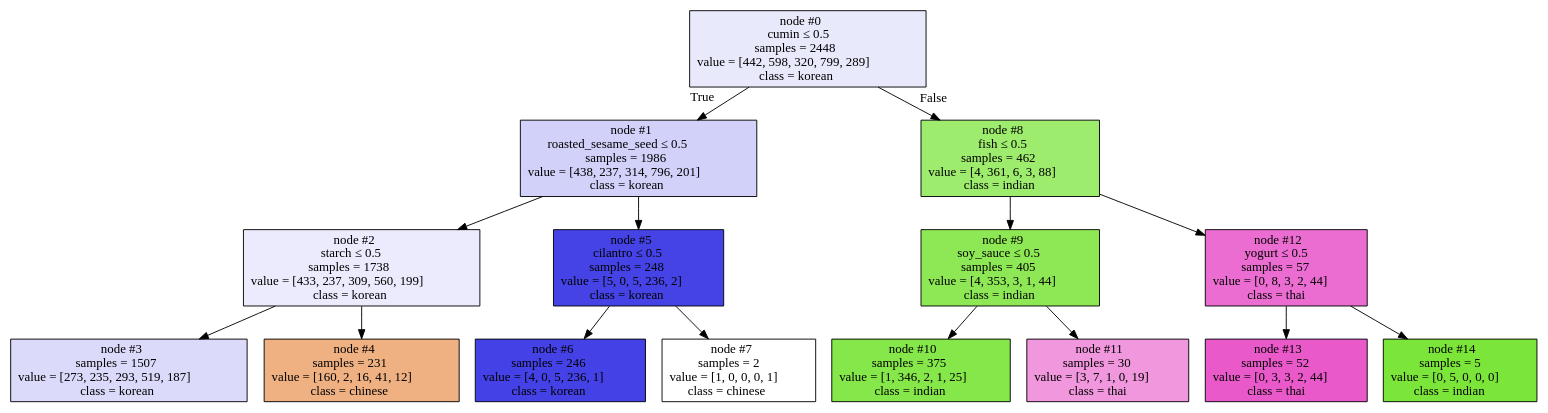
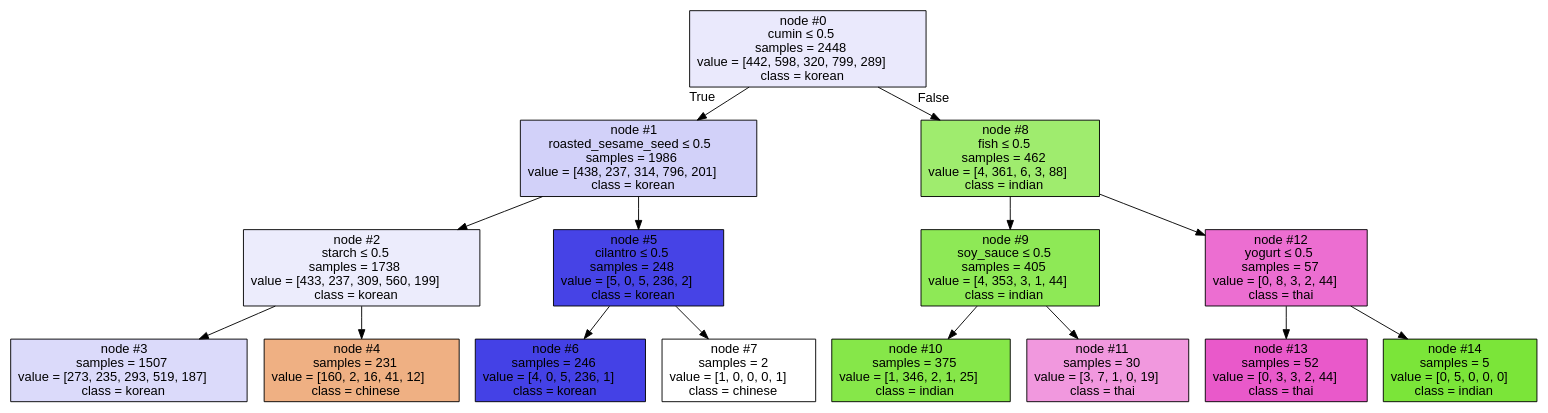
Before and after one commit to rondondaniel/python-data-science-notebooks: the diagram in 1-Data-Science-Python/bamboo_tree.dot, drawn with Graphviz. The commit also changed 6 other files, not shown here.

```diff
--- a/1-Data-Science-Python/bamboo_tree.dot
+++ b/1-Data-Science-Python/bamboo_tree.dot
@@ -1,32 +1,33 @@
 digraph Tree {
-node [shape=box, style="filled", color="black"] ;
-0 [label=<node &#35;0<br/>cumin &le; 0.5<br/>samples = 2448<br/>value = [442, 598, 320, 799, 289]<br/>class = korean>, fillcolor="#3c39e51c"] ;
-1 [label=<node &#35;1<br/>roasted_sesame_seed &le; 0.5<br/>samples = 1986<br/>value = [438, 237, 314, 796, 201]<br/>class = korean>, fillcolor="#3c39e53b"] ;
+node [shape=box, style="filled", color="black", fontname="helvetica"] ;
+edge [fontname="helvetica"] ;
+0 [label=<node &#35;0<br/>cumin &le; 0.5<br/>samples = 2448<br/>value = [442, 598, 320, 799, 289]<br/>class = korean>, fillcolor="#eae9fc"] ;
+1 [label=<node &#35;1<br/>roasted_sesame_seed &le; 0.5<br/>samples = 1986<br/>value = [438, 237, 314, 796, 201]<br/>class = korean>, fillcolor="#d2d1f9"] ;
 0 -> 1 [labeldistance=2.5, labelangle=45, headlabel="True"] ;
-2 [label=<node &#35;2<br/>starch &le; 0.5<br/>samples = 1738<br/>value = [433, 237, 309, 560, 199]<br/>class = korean>, fillcolor="#3c39e519"] ;
+2 [label=<node &#35;2<br/>starch &le; 0.5<br/>samples = 1738<br/>value = [433, 237, 309, 560, 199]<br/>class = korean>, fillcolor="#ececfc"] ;
 1 -> 2 ;
-3 [label=<node &#35;3<br/>samples = 1507<br/>value = [273, 235, 293, 519, 187]<br/>class = korean>, fillcolor="#3c39e52f"] ;
+3 [label=<node &#35;3<br/>samples = 1507<br/>value = [273, 235, 293, 519, 187]<br/>class = korean>, fillcolor="#dbdafa"] ;
 2 -> 3 ;
-4 [label=<node &#35;4<br/>samples = 231<br/>value = [160, 2, 16, 41, 12]<br/>class = chinese>, fillcolor="#e58139a0"] ;
+4 [label=<node &#35;4<br/>samples = 231<br/>value = [160, 2, 16, 41, 12]<br/>class = chinese>, fillcolor="#efb083"] ;
 2 -> 4 ;
-5 [label=<node &#35;5<br/>cilantro &le; 0.5<br/>samples = 248<br/>value = [5, 0, 5, 236, 2]<br/>class = korean>, fillcolor="#3c39e5f2"] ;
+5 [label=<node &#35;5<br/>cilantro &le; 0.5<br/>samples = 248<br/>value = [5, 0, 5, 236, 2]<br/>class = korean>, fillcolor="#4643e6"] ;
 1 -> 5 ;
-6 [label=<node &#35;6<br/>samples = 246<br/>value = [4, 0, 5, 236, 1]<br/>class = korean>, fillcolor="#3c39e5f4"] ;
+6 [label=<node &#35;6<br/>samples = 246<br/>value = [4, 0, 5, 236, 1]<br/>class = korean>, fillcolor="#4441e6"] ;
 5 -> 6 ;
-7 [label=<node &#35;7<br/>samples = 2<br/>value = [1, 0, 0, 0, 1]<br/>class = chinese>, fillcolor="#e5813900"] ;
+7 [label=<node &#35;7<br/>samples = 2<br/>value = [1, 0, 0, 0, 1]<br/>class = chinese>, fillcolor="#ffffff"] ;
 5 -> 7 ;
-8 [label=<node &#35;8<br/>fish &le; 0.5<br/>samples = 462<br/>value = [4, 361, 6, 3, 88]<br/>class = indian>, fillcolor="#7be539ba"] ;
+8 [label=<node &#35;8<br/>fish &le; 0.5<br/>samples = 462<br/>value = [4, 361, 6, 3, 88]<br/>class = indian>, fillcolor="#9fec6e"] ;
 0 -> 8 [labeldistance=2.5, labelangle=-45, headlabel="False"] ;
-9 [label=<node &#35;9<br/>soy_sauce &le; 0.5<br/>samples = 405<br/>value = [4, 353, 3, 1, 44]<br/>class = indian>, fillcolor="#7be539da"] ;
+9 [label=<node &#35;9<br/>soy_sauce &le; 0.5<br/>samples = 405<br/>value = [4, 353, 3, 1, 44]<br/>class = indian>, fillcolor="#8ee956"] ;
 8 -> 9 ;
-10 [label=<node &#35;10<br/>samples = 375<br/>value = [1, 346, 2, 1, 25]<br/>class = indian>, fillcolor="#7be539ea"] ;
+10 [label=<node &#35;10<br/>samples = 375<br/>value = [1, 346, 2, 1, 25]<br/>class = indian>, fillcolor="#86e749"] ;
 9 -> 10 ;
-11 [label=<node &#35;11<br/>samples = 30<br/>value = [3, 7, 1, 0, 19]<br/>class = thai>, fillcolor="#e539c085"] ;
+11 [label=<node &#35;11<br/>samples = 30<br/>value = [3, 7, 1, 0, 19]<br/>class = thai>, fillcolor="#f198de"] ;
 9 -> 11 ;
-12 [label=<node &#35;12<br/>yogurt &le; 0.5<br/>samples = 57<br/>value = [0, 8, 3, 2, 44]<br/>class = thai>, fillcolor="#e539c0bb"] ;
+12 [label=<node &#35;12<br/>yogurt &le; 0.5<br/>samples = 57<br/>value = [0, 8, 3, 2, 44]<br/>class = thai>, fillcolor="#ec6ed1"] ;
 8 -> 12 ;
-13 [label=<node &#35;13<br/>samples = 52<br/>value = [0, 3, 3, 2, 44]<br/>class = thai>, fillcolor="#e539c0d5"] ;
+13 [label=<node &#35;13<br/>samples = 52<br/>value = [0, 3, 3, 2, 44]<br/>class = thai>, fillcolor="#e959ca"] ;
 12 -> 13 ;
-14 [label=<node &#35;14<br/>samples = 5<br/>value = [0, 5, 0, 0, 0]<br/>class = indian>, fillcolor="#7be539ff"] ;
+14 [label=<node &#35;14<br/>samples = 5<br/>value = [0, 5, 0, 0, 0]<br/>class = indian>, fillcolor="#7be539"] ;
 12 -> 14 ;
 }
```
